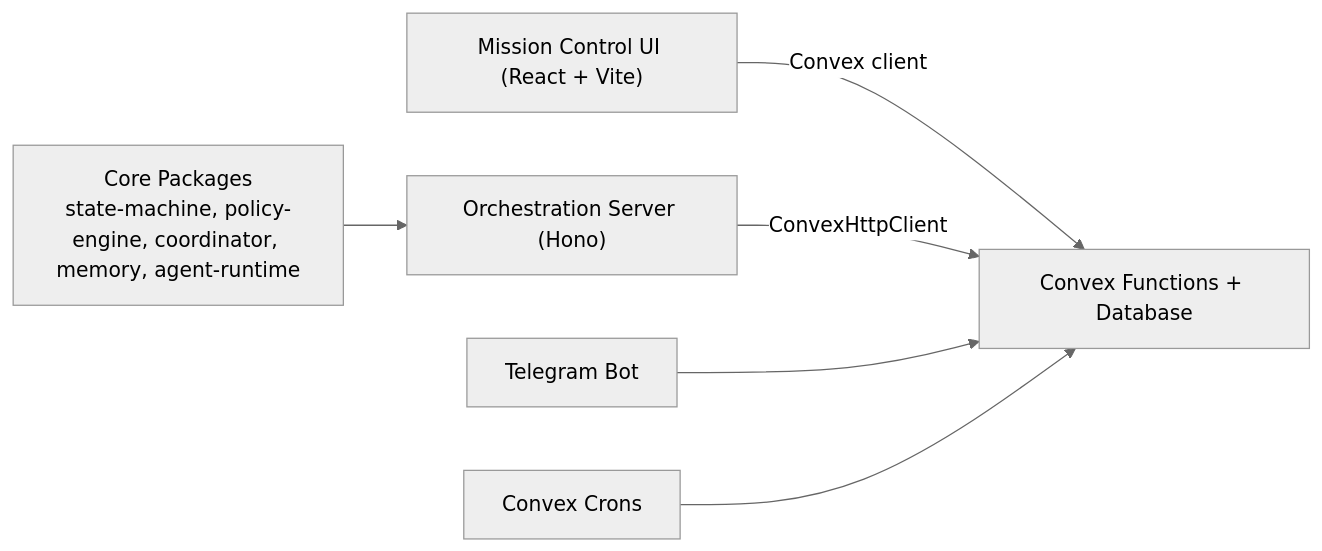
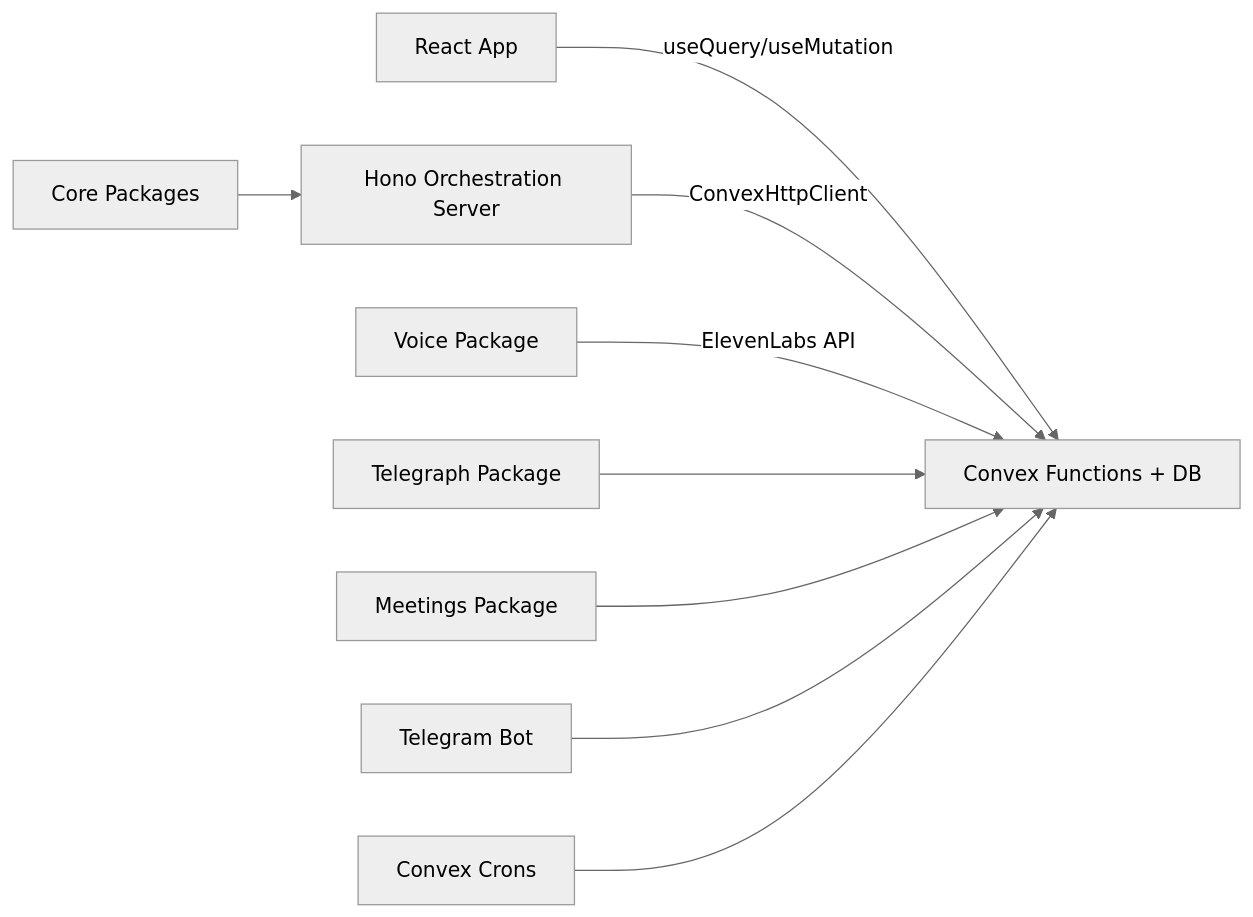
The first of 2 diagrams in README.md (jaydubya818/MissionControl), drawn with Mermaid (neutral theme) before and after one commit. The commit also changed other lines of this file and 88 other files, not shown here.

````diff
--- a/README.md
+++ b/README.md
@@ -28,8 +9,11 @@
 ```mermaid
 flowchart LR
-    UI["Mission Control UI (React + Vite)"] -->|Convex client| CVX["Convex Functions + Database"]
-    ORCH["Orchestration Server (Hono)"] -->|ConvexHttpClient| CVX
+    UI["React App"] -->|useQuery/useMutation| CVX["Convex Functions + DB"]
+    ORCH["Hono Orchestration Server"] -->|ConvexHttpClient| CVX
+    PKG["Core Packages"] --> ORCH
+    VOICE["Voice Package"] -->|ElevenLabs API| CVX
+    TELE["Telegraph Package"] --> CVX
+    MTG["Meetings Package"] --> CVX
     BOT["Telegram Bot"] --> CVX
-    PKG["Core Packages\nstate-machine, policy-engine, coordinator, memory, agent-runtime"] --> ORCH
     CRON["Convex Crons"] --> CVX
 ```
````
